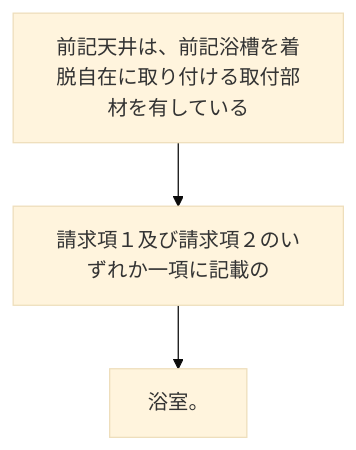
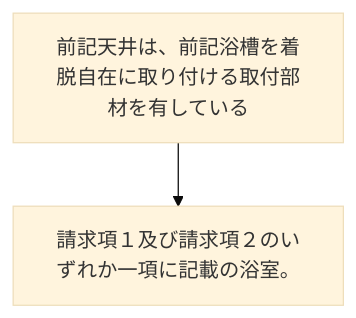
The diagram in 2024/JP2024021992A/claim_3/README.md (shinmori55/patent_analyzed), drawn with Mermaid (base theme) before and after one commit. The commit also changed 336 other files, not shown here.

````diff
--- a/2024/JP2024021992A/claim_3/README.md
+++ b/2024/JP2024021992A/claim_3/README.md
@@ -2,8 +2,6 @@
 ```mermaid
 flowchart TD
 A[前記天井は、前記浴槽を着脱自在に取り付ける取付部材を有している]
-B[請求項１及び請求項２のいずれか一項に記載の]
-C[浴室。]
+B[請求項１及び請求項２のいずれか一項に記載の浴室。]
 A --> B
-B --> C
 ```
````
